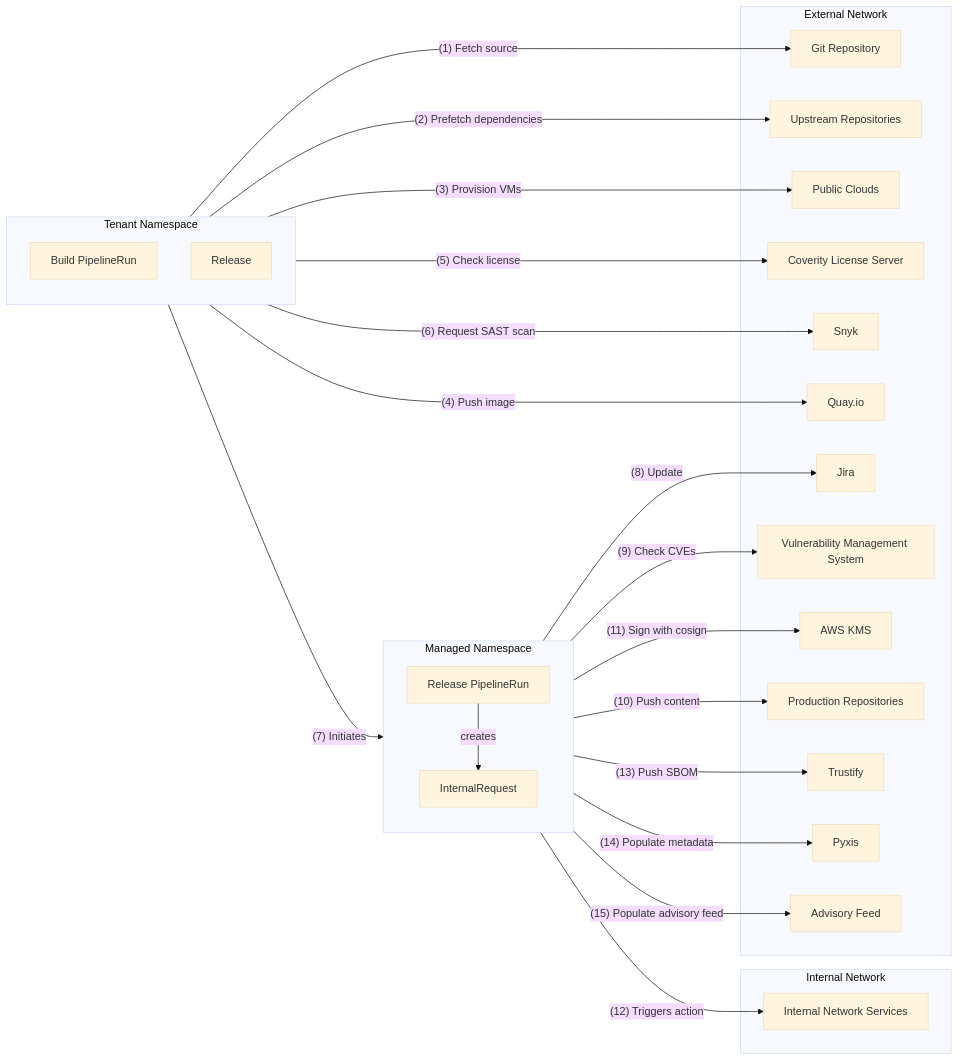
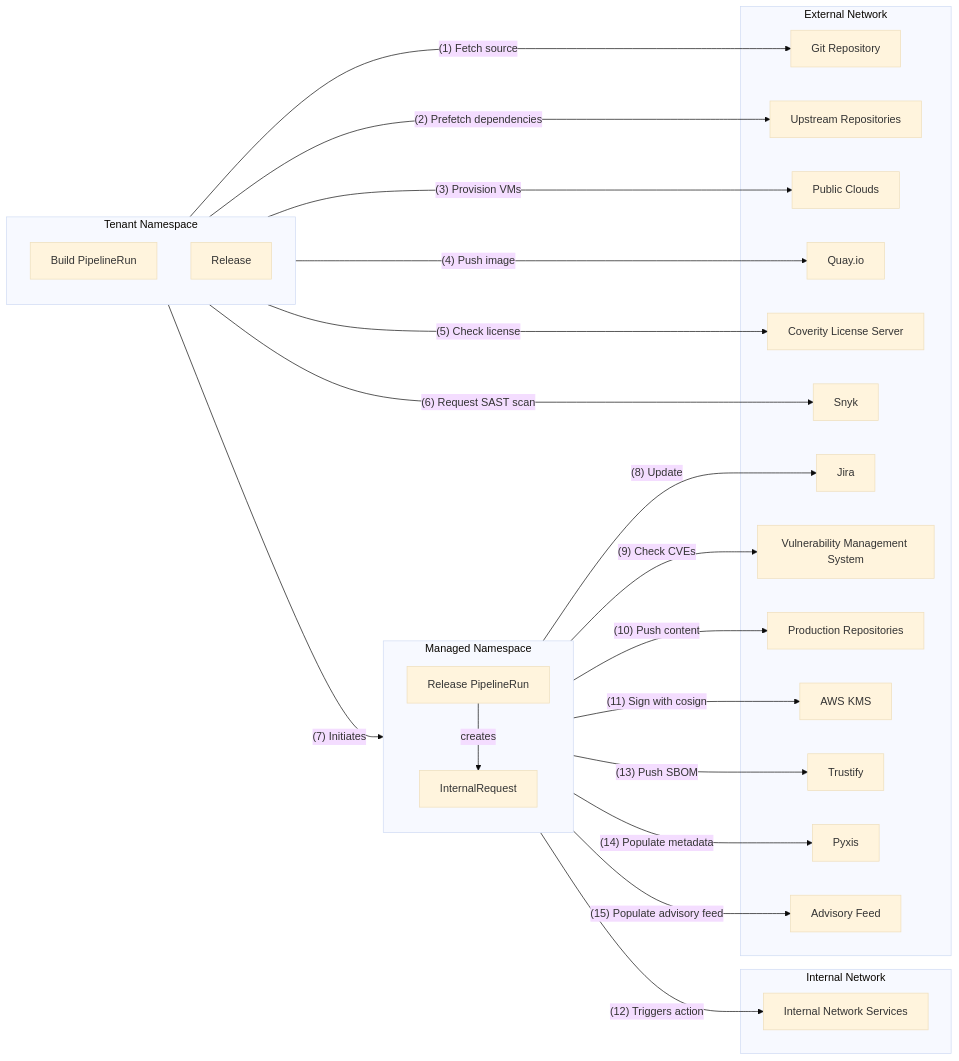
The third of 3 diagrams in architecture/index.md (konflux-ci/architecture), drawn with Mermaid (base theme) before and after one commit. The commit also changed other lines of this file, not shown here.

````diff
--- a/architecture/index.md
+++ b/architecture/index.md
@@ -280,51 +280,51 @@
 ```mermaid
 graph LR
     subgraph tn[Tenant Namespace]
         direction TB
         bpr["Build PipelineRun"]
         r["Release"]
     end
 
     subgraph mn[Managed Namespace]
         direction TB
         rpr["Release PipelineRun"]
         ir["InternalRequest"]
     end
 
     subgraph ext[External Network]
         git[Git Repository]
         upstream_repos["Upstream Repositories"]
         clouds[Public Clouds]
+        quay[Quay.io]
         coverity[Coverity License Server]
         snyk[Snyk]
-        quay[Quay.io]
         jira[Jira]
         vms[Vulnerability Management System]
+        prod_repos["Production Repositories"]
         awskms[AWS KMS]
-        prod_repos["Production Repositories"]
         trustify[Trustify]
         pyxis[Pyxis]
         advisory_feed[Advisory Feed]
     end
 
     subgraph int_net[Internal Network]
         ins[Internal Network Services]
     end
 
     bpr -- "(1) Fetch source" --> git
     bpr -- "(2) Prefetch dependencies" --> upstream_repos
     bpr -- "(3) Provision VMs" --> clouds
     bpr -- "(4) Push image" --> quay
     bpr -- "(5) Check license" --> coverity
     bpr -- "(6) Request SAST scan" --> snyk
     r -- "(7) Initiates" --> rpr
     rpr -- "(8) Update" --> jira
     rpr -- "(9) Check CVEs" --> vms
     rpr -- "(10) Push content" --> prod_repos
     rpr -- "(11) Sign with cosign" --> awskms
     rpr -- "creates" --> ir
     ir -- "(12) Triggers action" --> ins
     rpr -- "(13) Push SBOM" --> trustify
     rpr -- "(14) Populate metadata" --> pyxis
     rpr -- "(15) Populate advisory feed" --> advisory_feed
 ```
````
